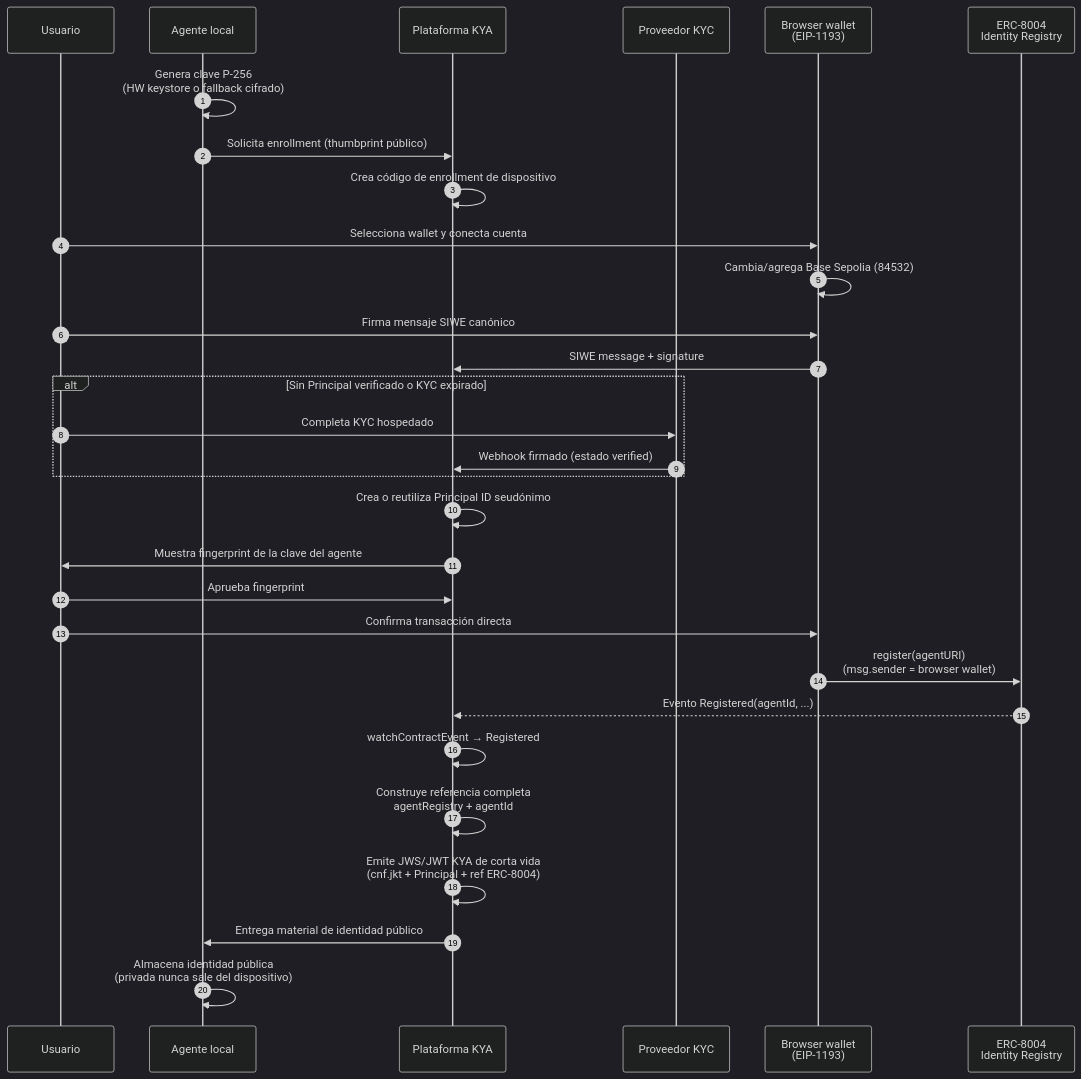
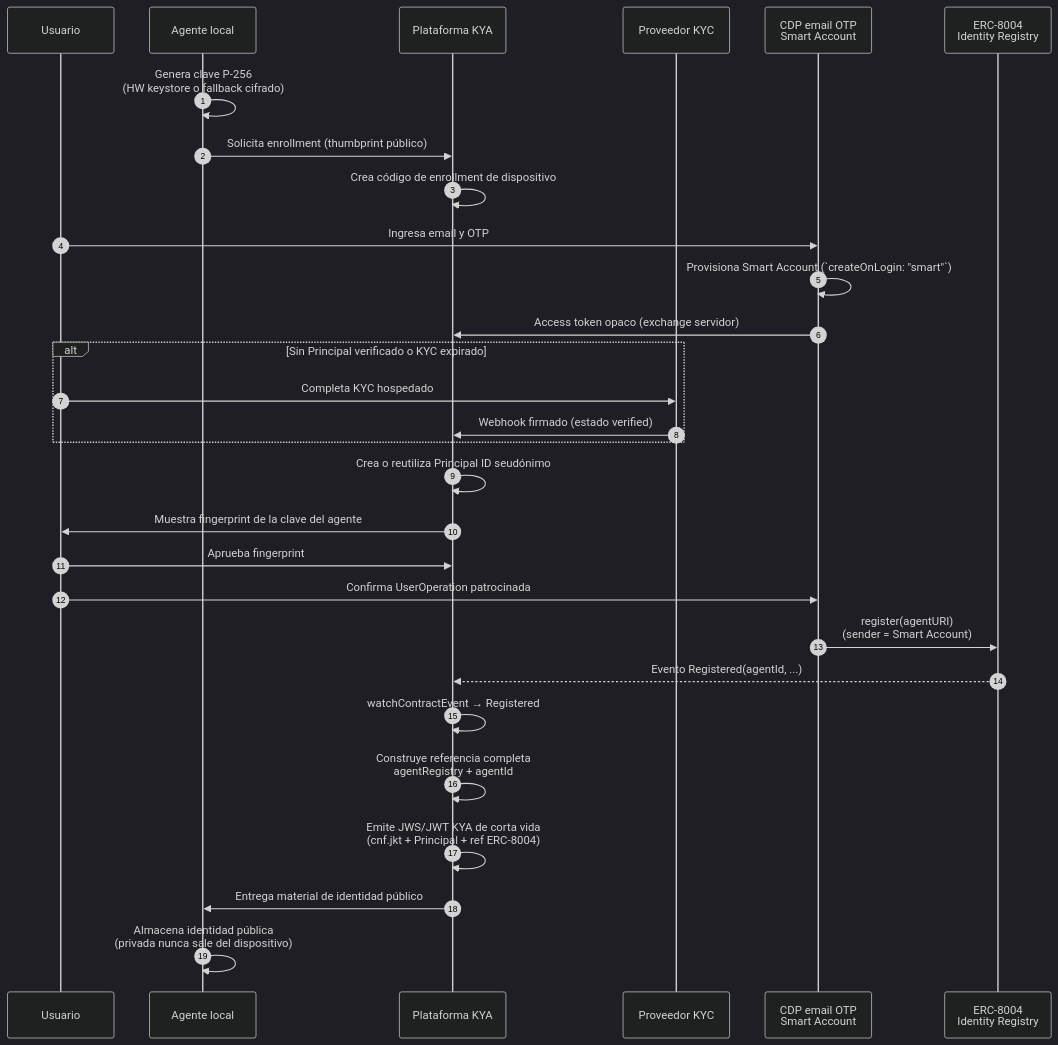
The first of 3 diagrams in FLOW.md (ram4-dev/nextwave_hackathon), drawn with Mermaid (dark theme) before and after one commit. The commit also changed other lines of this file and 93 other files, not shown here.

````diff
--- a/FLOW.md
+++ b/FLOW.md
@@ -39,33 +67,32 @@
 ```mermaid
 sequenceDiagram
   autonumber
   participant U as Usuario
   participant A as Agente local
   participant K as Plataforma KYA
   participant KYC as Proveedor KYC
-  participant BW as Browser wallet<br/>(EIP-1193)
+  participant CDP as CDP email OTP<br/>Smart Account
   participant IR as ERC-8004<br/>Identity Registry
 
   A->>A: Genera clave P-256<br/>(HW keystore o fallback cifrado)
   A->>K: Solicita enrollment (thumbprint público)
   K->>K: Crea código de enrollment de dispositivo
-  U->>BW: Selecciona wallet y conecta cuenta
-  BW->>BW: Cambia/agrega Base Sepolia (84532)
-  U->>BW: Firma mensaje SIWE canónico
-  BW->>K: SIWE message + signature
+  U->>CDP: Ingresa email y OTP
+  CDP->>CDP: Provisiona Smart Account (`createOnLogin: "smart"`)
+  CDP->>K: Access token opaco (exchange servidor)
   alt Sin Principal verificado o KYC expirado
     U->>KYC: Completa KYC hospedado
     KYC->>K: Webhook firmado (estado verified)
   end
   K->>K: Crea o reutiliza Principal ID seudónimo
   K->>U: Muestra fingerprint de la clave del agente
   U->>K: Aprueba fingerprint
-  U->>BW: Confirma transacción directa
-  BW->>IR: register(agentURI)<br/>(msg.sender = browser wallet)
+  U->>CDP: Confirma UserOperation patrocinada
+  CDP->>IR: register(agentURI)<br/>(sender = Smart Account)
   IR-->>K: Evento Registered(agentId, ...)
   K->>K: watchContractEvent → Registered
   K->>K: Construye referencia completa<br/>agentRegistry + agentId
   K->>K: Emite JWS/JWT KYA de corta vida<br/>(cnf.jkt + Principal + ref ERC-8004)
   K->>A: Entrega material de identidad público
   A->>A: Almacena identidad pública<br/>(privada nunca sale del dispositivo)
 ```
````
